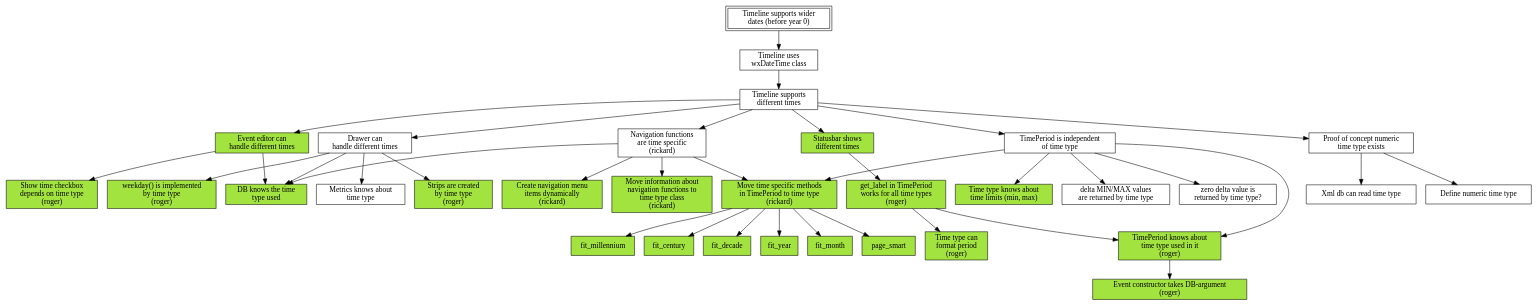
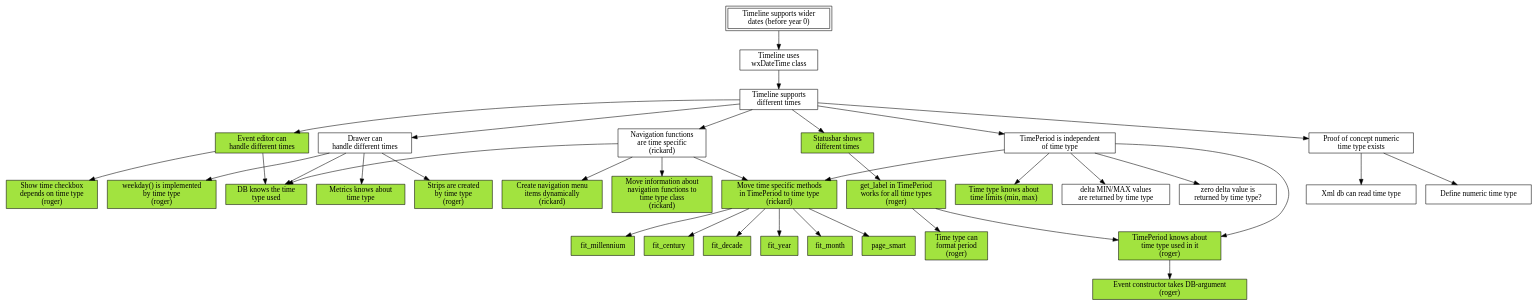
One commit to shutaozhenzhen/thetimelineproj changed the diagram in mikado.dot. Above: the diagram before and after it, drawn with Graphviz.

```diff
--- a/mikado.dot
+++ b/mikado.dot
@@ -1,114 +1,115 @@
 digraph mikado
 {
     node [shape=box];
 
     wider_dates [label="Timeline supports wider\ndates (before year 0)"];
     wider_dates [peripheries=2];
         wider_dates -> switch_to_wx_time;
 
     switch_to_wx_time [label="Timeline uses\nwxDateTime class"];
         switch_to_wx_time -> different_time;
 
     different_time [label="Timeline supports\ndifferent times "];
         different_time -> event_editor;
         different_time -> drawer;
         different_time -> navigation;
         different_time -> status_bar;
         different_time -> time_period_independent;
         different_time -> numeric_time_type;
 
     numeric_time_type [label="Proof of concept numeric\ntime type exists"];
         numeric_time_type -> define_numeric_time_type;
         numeric_time_type -> db_reads_time_type;
 
     time_period_independent [label="TimePeriod is independent\nof time type"];
         time_period_independent -> time_period_knows_type;
         time_period_independent -> time_period;
         time_period_independent -> time_limits_in_time_type;
         time_period_independent -> min_max_zoom_delta_in_time_type;
         time_period_independent -> zero_delta_created_by_time_type;
 
     event_editor [label="Event editor can\nhandle different times"];
     event_editor [style=filled,fillcolor="#A2E33F"];
         event_editor -> show_time;
         event_editor -> db_has_type_info;
 
     drawer [label="Drawer can\nhandle different times"];
         drawer -> db_has_type_info;
         drawer -> strips_in_time_type;
 	drawer -> weekday_in_time_type;
 	drawer -> metrics_knows_about_time_type;
 	
     navigation [label="Navigation functions\nare time specific\n(rickard)"];
         navigation -> db_has_type_info;
         navigation -> move_nav_to_time_type;
         navigation -> create_menu_items_dynamically;
         navigation -> time_period;
 
     time_period [label="Move time specific methods\nin TimePeriod to time type\n(rickard)"];
     time_period [style=filled,fillcolor="#A2E33F"];
         time_period -> fit_millennium;
         time_period -> fit_century;
         time_period -> fit_decade;
         time_period -> fit_year;
         time_period -> fit_month;
         time_period -> page_smart;
 
     status_bar [label="Statusbar shows\ndifferent times"];
     status_bar [style=filled,fillcolor="#A2E33F"];
         status_bar -> get_label;
         get_label -> time_period_knows_type;
 
     get_label [label="get_label in TimePeriod\nworks for all time types\n(roger)"];
     get_label [style=filled,fillcolor="#A2E33F"];
         get_label -> type_format;
 
     time_period_knows_type [label="TimePeriod knows about\ntime type used in it\n(roger)"];
     time_period_knows_type [style=filled,fillcolor="#A2E33F"];
 	time_period_knows_type -> event_constructor;
 
     // Leaves
 
     define_numeric_time_type [label="Define numeric time type"];
 
     db_reads_time_type [label="Xml db can read time type"];
 
     show_time [label="Show time checkbox\ndepends on time type\n(roger)"];
     show_time [style=filled,fillcolor="#A2E33F"];
 
     db_has_type_info [label="DB knows the time\ntype used"];
     db_has_type_info [style=filled,fillcolor="#A2E33F"];
 
     move_nav_to_time_type [label="Move information about\nnavigation functions to\ntime type class\n(rickard)"];
     move_nav_to_time_type [style=filled,fillcolor="#A2E33F"];
 
     create_menu_items_dynamically [label="Create navigation menu\nitems dynamically\n(rickard)"];
     create_menu_items_dynamically [style=filled,fillcolor="#A2E33F"];
 
     type_format [label="Time type can\nformat period\n(roger)"];
     type_format [style=filled,fillcolor="#A2E33F"];
     
     event_constructor [label="Event constructor takes DB-argument\n(roger)"];
     event_constructor [style=filled,fillcolor="#A2E33F"];
 
     strips_in_time_type [label="Strips are created\nby time type\n(roger)"];
     strips_in_time_type [style=filled,fillcolor="#A2E33F"];
 
     time_limits_in_time_type [label="Time type knows about\ntime limits (min, max)"];
     time_limits_in_time_type [style=filled,fillcolor="#A2E33F"];
     
     weekday_in_time_type [label="weekday() is implemented\nby time type\n(roger)"]
     weekday_in_time_type [style=filled,fillcolor="#A2E33F"];
     fit_millennium [style=filled,fillcolor="#A2E33F"];
     fit_century [style=filled,fillcolor="#A2E33F"];
     fit_decade [style=filled,fillcolor="#A2E33F"];
     fit_year [style=filled,fillcolor="#A2E33F"];
     fit_month [style=filled,fillcolor="#A2E33F"];
     page_smart [style=filled,fillcolor="#A2E33F"];
 
     min_max_zoom_delta_in_time_type [label="delta MIN/MAX values\nare returned by time type"];
     
     zero_delta_created_by_time_type [label="zero delta value is\nreturned by time type?"];
     
     metrics_knows_about_time_type [label="Metrics knows about\n time type"];
+    metrics_knows_about_time_type [style=filled,fillcolor="#A2E33F"];
 }
```
